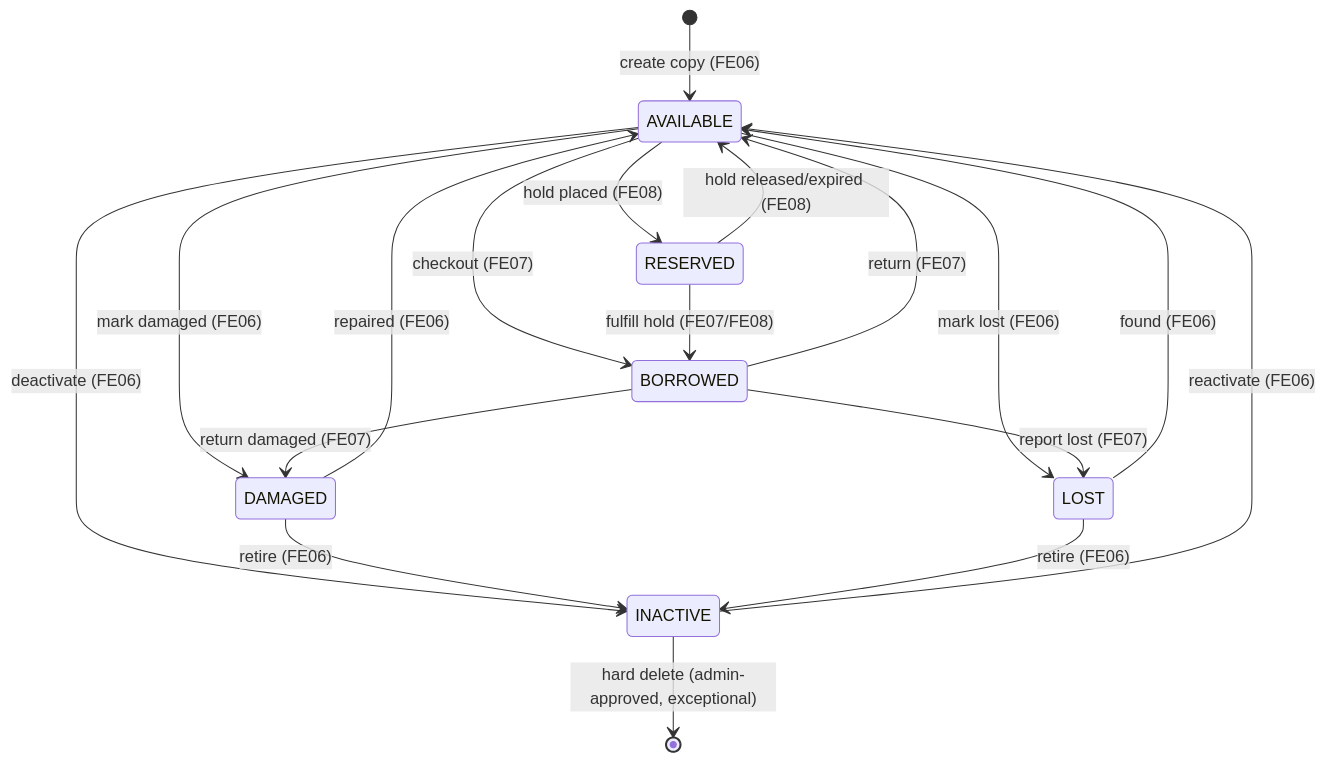
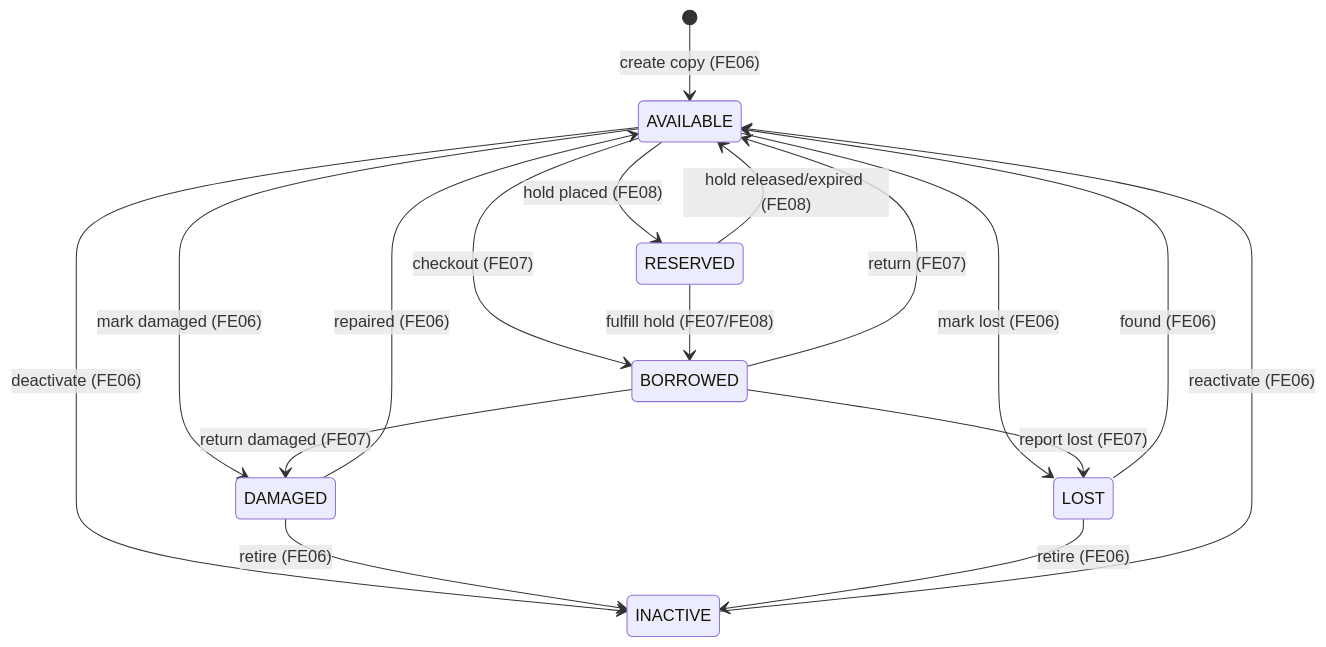
The diagram in .sdd/specs/feat-inventory-book-copy/SPEC.md (SWP391-LibraryManagement/LibraryManagement), drawn with Mermaid before and after one commit. The commit also changed other lines of this file and 68 other files, not shown here.

````diff
--- a/.sdd/specs/feat-inventory-book-copy/SPEC.md
+++ b/.sdd/specs/feat-inventory-book-copy/SPEC.md
@@ -273,27 +287,26 @@
 ```mermaid
 stateDiagram-v2
     [*] --> AVAILABLE: create copy (FE06)
 
     AVAILABLE --> BORROWED: checkout (FE07)
     AVAILABLE --> RESERVED: hold placed (FE08)
     AVAILABLE --> DAMAGED: mark damaged (FE06)
     AVAILABLE --> LOST: mark lost (FE06)
     AVAILABLE --> INACTIVE: deactivate (FE06)
 
     BORROWED --> AVAILABLE: return (FE07)
     BORROWED --> LOST: report lost (FE07)
     BORROWED --> DAMAGED: return damaged (FE07)
 
     RESERVED --> BORROWED: fulfill hold (FE07/FE08)
     RESERVED --> AVAILABLE: hold released/expired (FE08)
 
     DAMAGED --> AVAILABLE: repaired (FE06)
     DAMAGED --> INACTIVE: retire (FE06)
 
     LOST --> AVAILABLE: found (FE06)
     LOST --> INACTIVE: retire (FE06)
 
     INACTIVE --> AVAILABLE: reactivate (FE06)
 
-    INACTIVE --> [*]: hard delete (admin-approved, exceptional)
 ```
````
